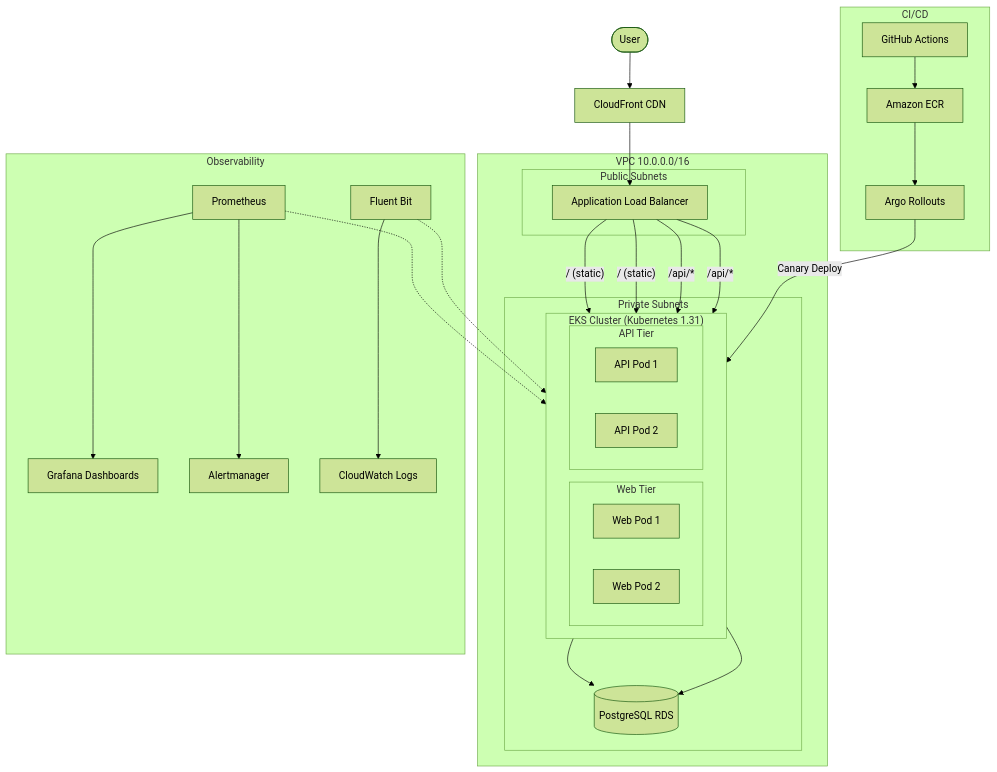
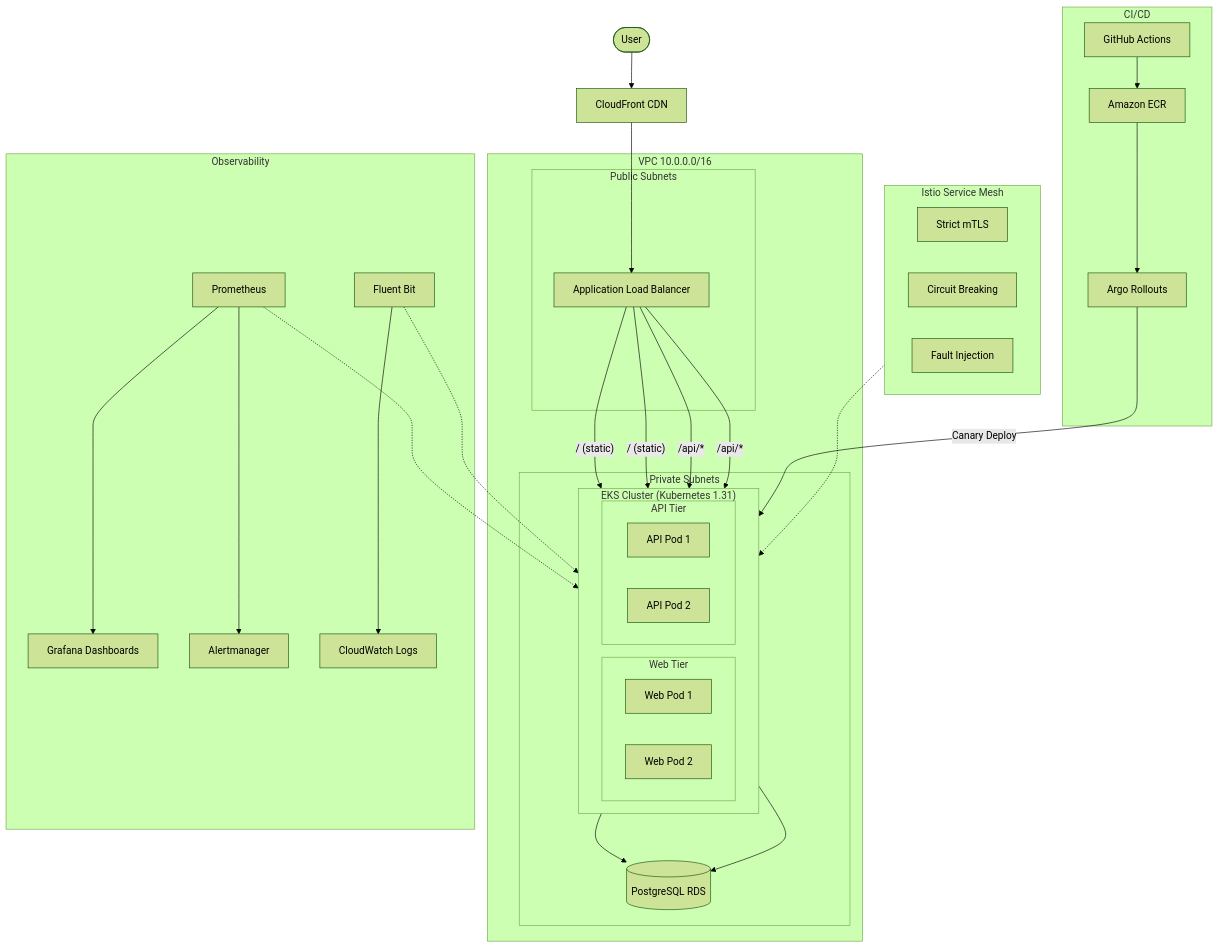
One commit to sikander098/toptal-3tier-cd changed the first of 4 diagrams in README.md. Above: the diagram before and after it, drawn with Mermaid (forest theme). The commit also changed other lines of this file and 7 other files, not shown here.

Commit message:
Add Istio service mesh with mTLS, traffic shaping, and fault injection [skip ci]

````diff
--- a/README.md
+++ b/README.md
@@ -7,45 +7,52 @@
 ```mermaid
 flowchart TB
     User([User]) --> CF[CloudFront CDN]
     CF --> ALB[Application Load Balancer]
 
     subgraph VPC ["VPC 10.0.0.0/16"]
         subgraph Public ["Public Subnets"]
             ALB
         end
 
         subgraph Private ["Private Subnets"]
             subgraph EKS ["EKS Cluster (Kubernetes 1.31)"]
                 direction LR
                 subgraph WebTier ["Web Tier"]
                     W1[Web Pod 1]
                     W2[Web Pod 2]
                 end
                 subgraph APITier ["API Tier"]
                     A1[API Pod 1]
                     A2[API Pod 2]
                 end
             end
             RDS[(PostgreSQL RDS)]
         end
     end
 
     ALB -- "/ (static)" --> W1 & W2
     ALB -- "/api/*" --> A1 & A2
     A1 & A2 --> RDS
 
+    subgraph Mesh ["Istio Service Mesh"]
+        mTLS[Strict mTLS]
+        CB[Circuit Breaking]
+        FI[Fault Injection]
+    end
+
     subgraph Monitoring ["Observability"]
         Prometheus[Prometheus] --> Grafana[Grafana Dashboards]
         Prometheus --> AM[Alertmanager]
         FluentBit[Fluent Bit] --> CW[CloudWatch Logs]
     end
 
     subgraph CICD ["CI/CD"]
         GHA[GitHub Actions] --> ECR[Amazon ECR]
         ECR --> Argo[Argo Rollouts]
         Argo -- "Canary Deploy" --> EKS
     end
 
+    Mesh -.-> EKS
     Prometheus -.-> EKS
     FluentBit -.-> EKS
 ```
````
